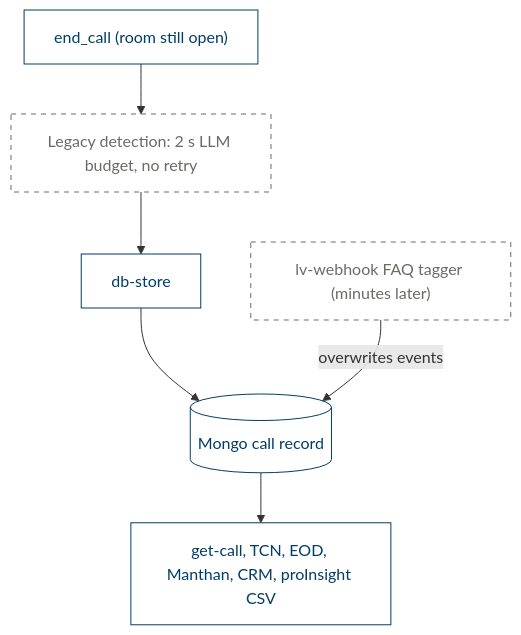
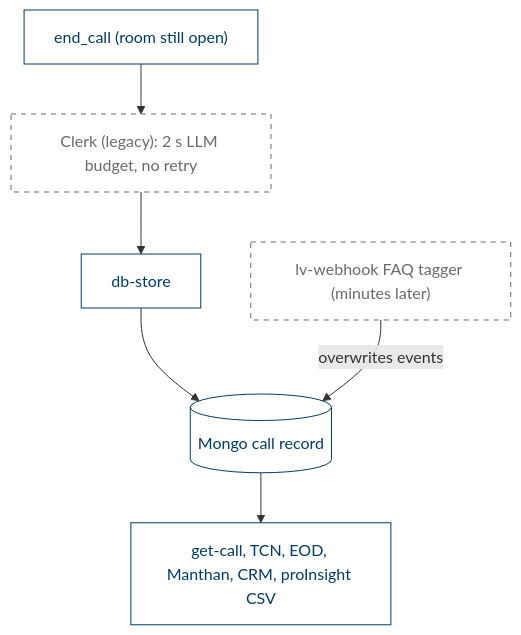
Before and after one commit to mynk93/dotfiles: the first of 6 diagrams in home/dot_claude/skills/elih/examples/post-call-event-gen/board.md, drawn with Mermaid. The commit also changed other lines of this file and 17 other files, not shown here.

````diff
--- a/home/dot_claude/skills/elih/examples/post-call-event-gen/board.md
+++ b/home/dot_claude/skills/elih/examples/post-call-event-gen/board.md
@@ -5,9 +5,9 @@
 ```mermaid
 flowchart TD
     classDef legacy stroke-dasharray:5 5,stroke:#6B6A66,color:#6B6A66,fill:#fff
     classDef existing fill:#fff,stroke:#003D67,color:#003D67
-    EC["end_call (room still open)"]:::existing --> LEG["Legacy detection: 2 s LLM budget, no retry"]:::legacy
+    EC["end_call (room still open)"]:::existing --> LEG["Clerk (legacy): 2 s LLM budget, no retry"]:::legacy
     LEG --> DBS["db-store"]:::existing --> DB[("Mongo call record")]:::existing
     DB --> OUT["get-call, TCN, EOD, Manthan, CRM, proInsight CSV"]:::existing
     LVW["lv-webhook FAQ tagger (minutes later)"]:::legacy -->|"overwrites events"| DB
 ```
````
